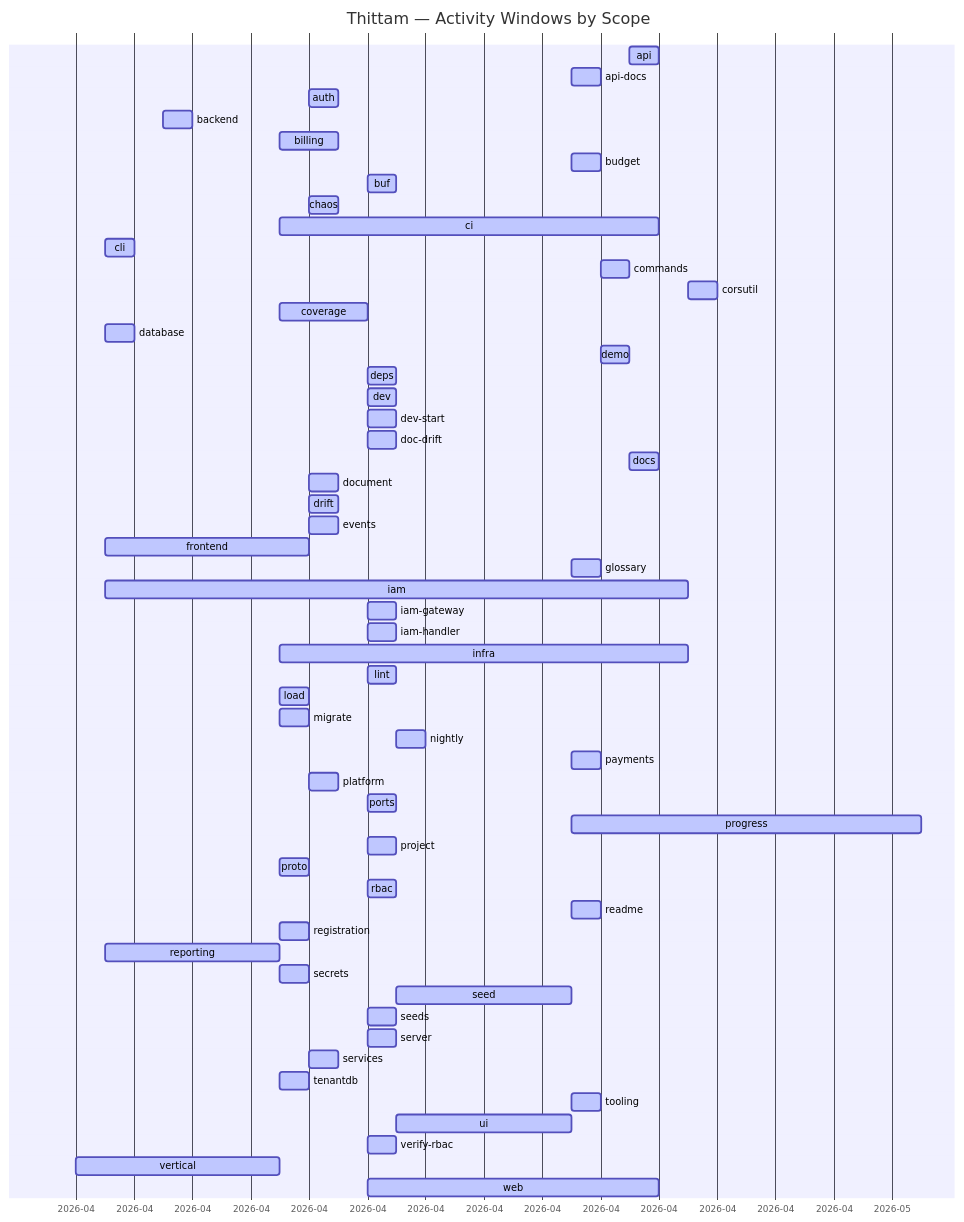
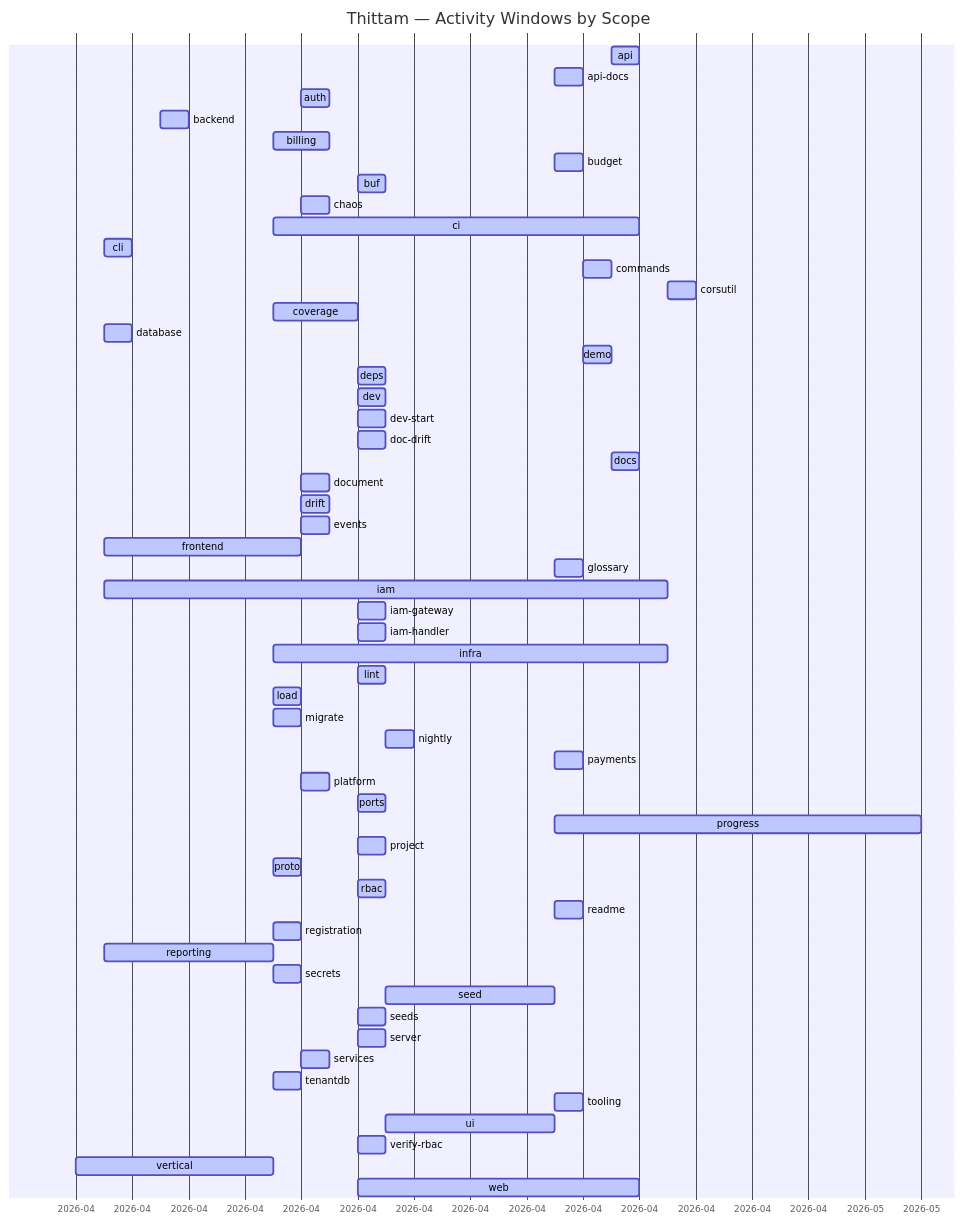
One commit to wegofwd2020-hub/thittam changed the diagram in docs/PROGRESS.md. Above: the diagram before and after it, drawn with Mermaid. The commit also changed other lines of this file and 1 other file, not shown here.

Commit message:
chore(progress): nightly update of docs/PROGRESS.md + CSVs

````diff
--- a/docs/PROGRESS.md
+++ b/docs/PROGRESS.md
@@ -9,60 +9,60 @@
 ```mermaid
 gantt
     title Thittam — Activity Windows by Scope
     dateFormat YYYY-MM-DD
     axisFormat %Y-%m
     api                :active, s_api, 2026-04-22, 2026-04-23
     api-docs           :active, s_api_docs, 2026-04-20, 2026-04-21
     auth               :active, s_auth, 2026-04-11, 2026-04-12
     backend            :active, s_backend, 2026-04-06, 2026-04-07
     billing            :active, s_billing, 2026-04-10, 2026-04-12
     budget             :active, s_budget, 2026-04-20, 2026-04-21
     buf                :active, s_buf, 2026-04-13, 2026-04-14
     chaos              :active, s_chaos, 2026-04-11, 2026-04-12
     ci                 :active, s_ci, 2026-04-10, 2026-04-23
     cli                :active, s_cli, 2026-04-04, 2026-04-05
     commands           :active, s_commands, 2026-04-21, 2026-04-22
     corsutil           :active, s_corsutil, 2026-04-24, 2026-04-25
     coverage           :active, s_coverage, 2026-04-10, 2026-04-13
     database           :active, s_database, 2026-04-04, 2026-04-05
     demo               :active, s_demo, 2026-04-21, 2026-04-22
     deps               :active, s_deps, 2026-04-13, 2026-04-14
     dev                :active, s_dev, 2026-04-13, 2026-04-14
     dev-start          :active, s_dev_start, 2026-04-13, 2026-04-14
     doc-drift          :active, s_doc_drift, 2026-04-13, 2026-04-14
     docs               :active, s_docs, 2026-04-22, 2026-04-23
     document           :active, s_document, 2026-04-11, 2026-04-12
     drift              :active, s_drift, 2026-04-11, 2026-04-12
     events             :active, s_events, 2026-04-11, 2026-04-12
     frontend           :active, s_frontend, 2026-04-04, 2026-04-11
     glossary           :active, s_glossary, 2026-04-20, 2026-04-21
     iam                :active, s_iam, 2026-04-04, 2026-04-24
     iam-gateway        :active, s_iam_gateway, 2026-04-13, 2026-04-14
     iam-handler        :active, s_iam_handler, 2026-04-13, 2026-04-14
     infra              :active, s_infra, 2026-04-10, 2026-04-24
     lint               :active, s_lint, 2026-04-13, 2026-04-14
     load               :active, s_load, 2026-04-10, 2026-04-11
     migrate            :active, s_migrate, 2026-04-10, 2026-04-11
     nightly            :active, s_nightly, 2026-04-14, 2026-04-15
     payments           :active, s_payments, 2026-04-20, 2026-04-21
     platform           :active, s_platform, 2026-04-11, 2026-04-12
     ports              :active, s_ports, 2026-04-13, 2026-04-14
-    progress           :active, s_progress, 2026-04-20, 2026-05-02
+    progress           :active, s_progress, 2026-04-20, 2026-05-03
     project            :active, s_project, 2026-04-13, 2026-04-14
     proto              :active, s_proto, 2026-04-10, 2026-04-11
     rbac               :active, s_rbac, 2026-04-13, 2026-04-14
     readme             :active, s_readme, 2026-04-20, 2026-04-21
     registration       :active, s_registration, 2026-04-10, 2026-04-11
     reporting          :active, s_reporting, 2026-04-04, 2026-04-10
     secrets            :active, s_secrets, 2026-04-10, 2026-04-11
     seed               :active, s_seed, 2026-04-14, 2026-04-20
     seeds              :active, s_seeds, 2026-04-13, 2026-04-14
     server             :active, s_server, 2026-04-13, 2026-04-14
     services           :active, s_services, 2026-04-11, 2026-04-12
     tenantdb           :active, s_tenantdb, 2026-04-10, 2026-04-11
     tooling            :active, s_tooling, 2026-04-20, 2026-04-21
     ui                 :active, s_ui, 2026-04-14, 2026-04-20
     verify-rbac        :active, s_verify_rbac, 2026-04-13, 2026-04-14
     vertical           :active, s_vertical, 2026-04-03, 2026-04-10
     web                :active, s_web, 2026-04-13, 2026-04-23
 ```
````
